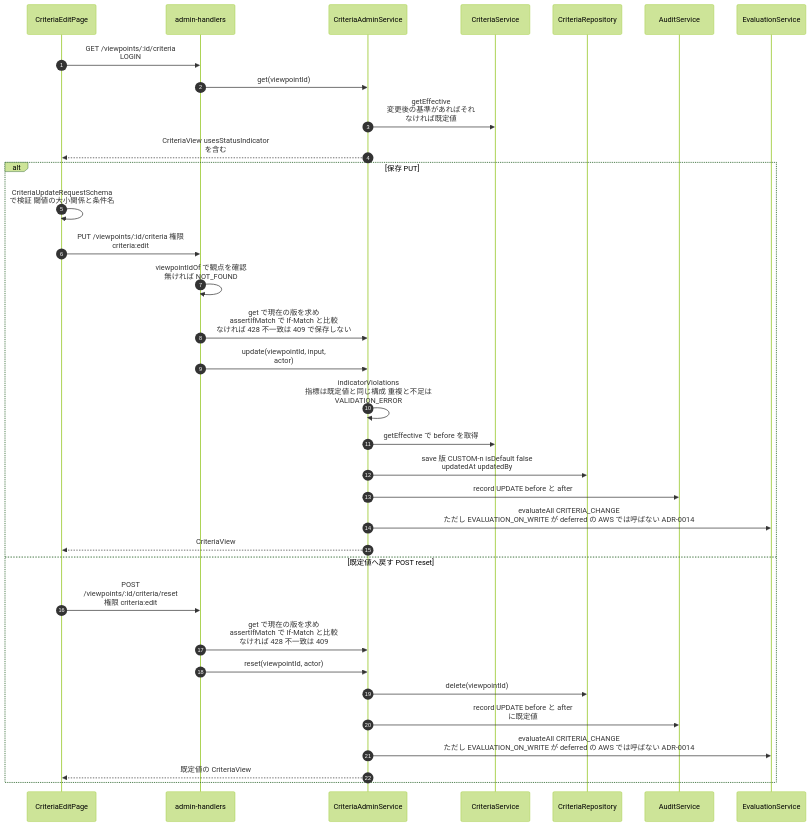
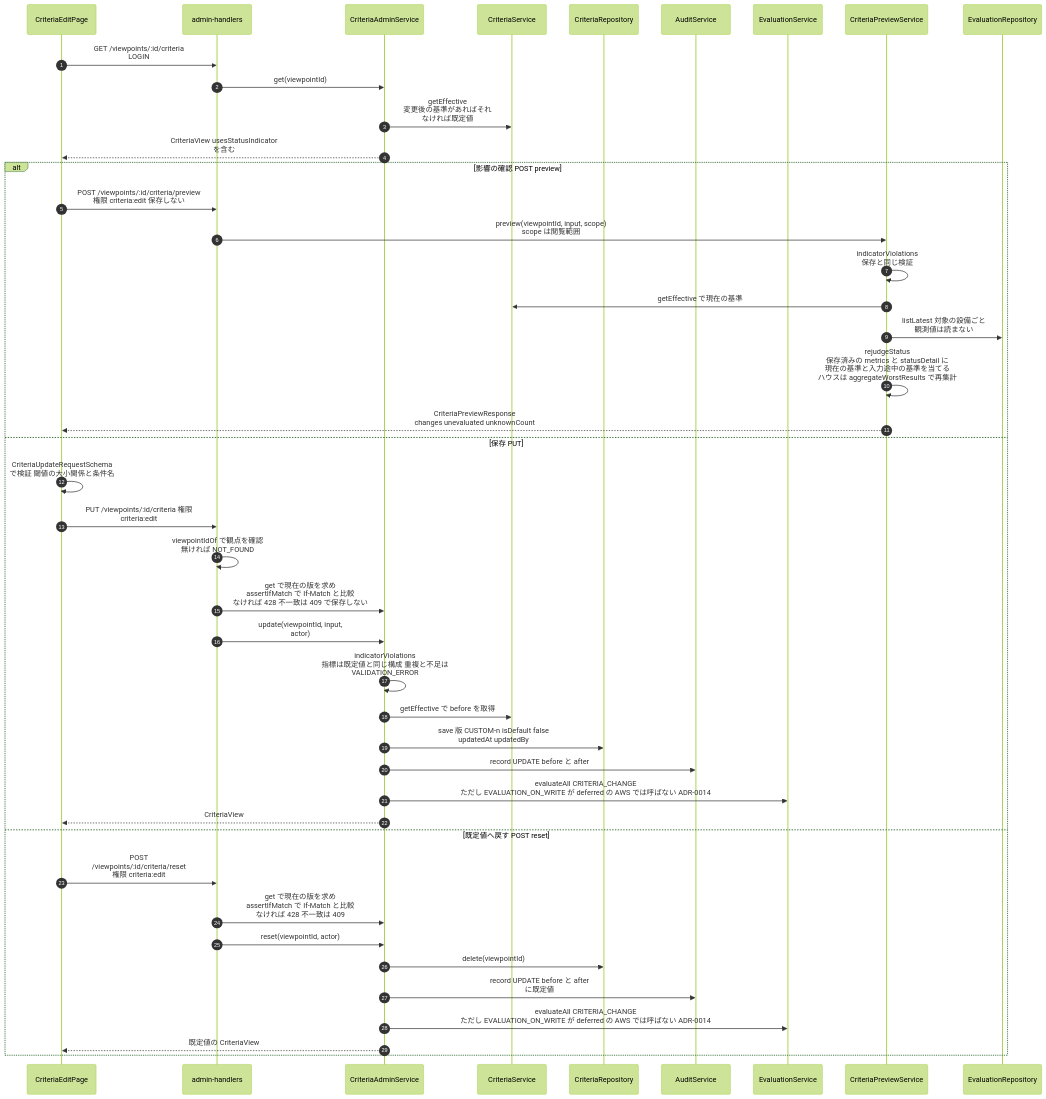
One commit to NS-APU/smart-farm-monitoring changed diagram 20 of 47 in docs/10_design/architecture/as-built.md. Above: the diagram before and after it, drawn with Mermaid (forest theme). The commit also changed other lines of this file and 7 other files, not shown here.

````diff
--- a/docs/10_design/architecture/as-built.md
+++ b/docs/10_design/architecture/as-built.md
@@ -1520,37 +1521,47 @@
 ```mermaid
 sequenceDiagram
   autonumber
   participant PG as CriteriaEditPage
   participant APP as admin-handlers
   participant CA as CriteriaAdminService
   participant CS as CriteriaService
   participant REP as CriteriaRepository
   participant AU as AuditService
   participant EV as EvaluationService
+  participant PV as CriteriaPreviewService
+  participant ER as EvaluationRepository
 
   PG->>APP: GET /viewpoints/:id/criteria<br>LOGIN
   APP->>CA: get(viewpointId)
   CA->>CS: getEffective<br>変更後の基準があればそれ<br>なければ既定値
   CA-->>PG: CriteriaView usesStatusIndicator<br>を含む
-  alt 保存 PUT
+  alt 影響の確認 POST preview
+    PG->>APP: POST /viewpoints/:id/criteria/preview<br>権限 criteria:edit 保存しない
+    APP->>PV: preview(viewpointId, input, scope)<br>scope は閲覧範囲
+    PV->>PV: indicatorViolations<br>保存と同じ検証
+    PV->>CS: getEffective で現在の基準
+    PV->>ER: listLatest 対象の設備ごと<br>観測値は読まない
+    PV->>PV: rejudgeStatus<br>保存済みの metrics と statusDetail に<br>現在の基準と入力途中の基準を当てる<br>ハウスは aggregateWorstResults で再集計
+    PV-->>PG: CriteriaPreviewResponse<br>changes unevaluated unknownCount
+  else 保存 PUT
     PG->>PG: CriteriaUpdateRequestSchema<br>で検証 閾値の大小関係と条件名
     PG->>APP: PUT /viewpoints/:id/criteria 権限<br>criteria:edit
     APP->>APP: viewpointIdOf で観点を確認<br>無ければ NOT_FOUND
     APP->>CA: get で現在の版を求め<br>assertIfMatch で If-Match と比較<br>なければ 428 不一致は 409 で保存しない
     APP->>CA: update(viewpointId, input,<br>actor)
     CA->>CA: indicatorViolations<br>指標は既定値と同じ構成 重複と不足は<br>VALIDATION_ERROR
     CA->>CS: getEffective で before を取得
     CA->>REP: save 版 CUSTOM-n isDefault false<br>updatedAt updatedBy
     CA->>AU: record UPDATE before と after
     CA->>EV: evaluateAll CRITERIA_CHANGE<br>ただし EVALUATION_ON_WRITE が deferred の AWS では呼ばない ADR-0014
     CA-->>PG: CriteriaView
   else 既定値へ戻す POST reset
     PG->>APP: POST<br>/viewpoints/:id/criteria/reset<br>権限 criteria:edit
     APP->>CA: get で現在の版を求め<br>assertIfMatch で If-Match と比較<br>なければ 428 不一致は 409
     APP->>CA: reset(viewpointId, actor)
     CA->>REP: delete(viewpointId)
     CA->>AU: record UPDATE before と after<br>に既定値
     CA->>EV: evaluateAll CRITERIA_CHANGE<br>ただし EVALUATION_ON_WRITE が deferred の AWS では呼ばない ADR-0014
     CA-->>PG: 既定値の CriteriaView
   end
 ```
````
